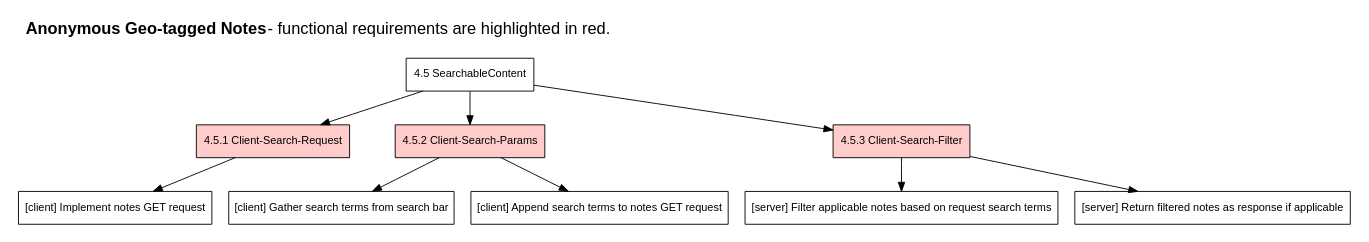
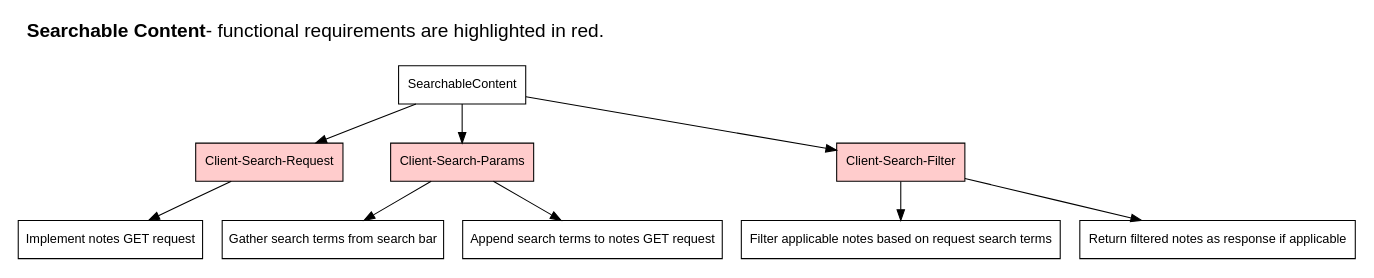
Before and after one commit to tamaramicevic/Invisible-Ink: the diagram in docs/work_breakdown_structure/sf4.5.dot, drawn with Graphviz. The commit also changed 7 other files, not shown here.

Commit message:
Updated dot files & png files for WBS to remove all [client/[server] additions and any numbers referencing the System Features for readability and consistency

```diff
--- a/docs/work_breakdown_structure/sf4.5.dot
+++ b/docs/work_breakdown_structure/sf4.5.dot
@@ -1,38 +1,38 @@
 /*
 Searchable Content:
 Client-Search-Request: The client would send a GET request for all notes in the proximity
 
 Client-Search-Params: The GET request should have search terms as optional parameters
 
 Client-Search-Filter: The server should find the notes within the range of the user and filter them by the search terms provided (if any).
 */
 
 digraph L
 {
     fontsize = 18
     fontname = Arial
     labelloc = "t"
     labeljust = "l"
     rankdir="TB"
 
     // System feature title
-    label = <<b>Anonymous Geo-tagged Notes</b> - functional requirements are highlighted in red.<br/><br/>>
+    label = <<b>Searchable Content</b> - functional requirements are highlighted in red.<br/><br/>>
 
     size="10.25, 7.75";
     overlap="compress"
-    node [shape=record fontname=Arial fontsize=12 fillcolor="lightblue"] "4.5 SearchableContent";  // System Reqs
+    node [shape=record fontname=Arial fontsize=12 fillcolor="lightblue"] "SearchableContent";  // System Reqs
     node [style=filled fillcolor="#FFCCCC"]
-    "4.5.1 Client-Search-Request" 
-    "4.5.2 Client-Search-Params" 
-    "4.5.3 Client-Search-Filter";                              
-    "4.5 SearchableContent" -> "4.5.1 Client-Search-Request";
-    "4.5 SearchableContent" -> "4.5.2 Client-Search-Params"; 
-    "4.5 SearchableContent" -> "4.5.3 Client-Search-Filter";        
+    "Client-Search-Request" 
+    "Client-Search-Params" 
+    "Client-Search-Filter";                              
+    "SearchableContent" -> "Client-Search-Request";
+    "SearchableContent" -> "Client-Search-Params"; 
+    "SearchableContent" -> "Client-Search-Filter";        
     node [fillcolor="#FFFFFF"]
-    "4.5.1 Client-Search-Request" -> "[client] Implement notes GET request"
-    "4.5.2 Client-Search-Params" -> "[client] Gather search terms from search bar"
-    "4.5.2 Client-Search-Params" -> "[client] Append search terms to notes GET request"
-    "4.5.3 Client-Search-Filter" -> "[server] Filter applicable notes based on request search terms"
-    "4.5.3 Client-Search-Filter" -> "[server] Return filtered notes as response if applicable"
+    "Client-Search-Request" -> "Implement notes GET request"
+    "Client-Search-Params" -> "Gather search terms from search bar"
+    "Client-Search-Params" -> "Append search terms to notes GET request"
+    "Client-Search-Filter" -> "Filter applicable notes based on request search terms"
+    "Client-Search-Filter" -> "Return filtered notes as response if applicable"
     
 }
```
